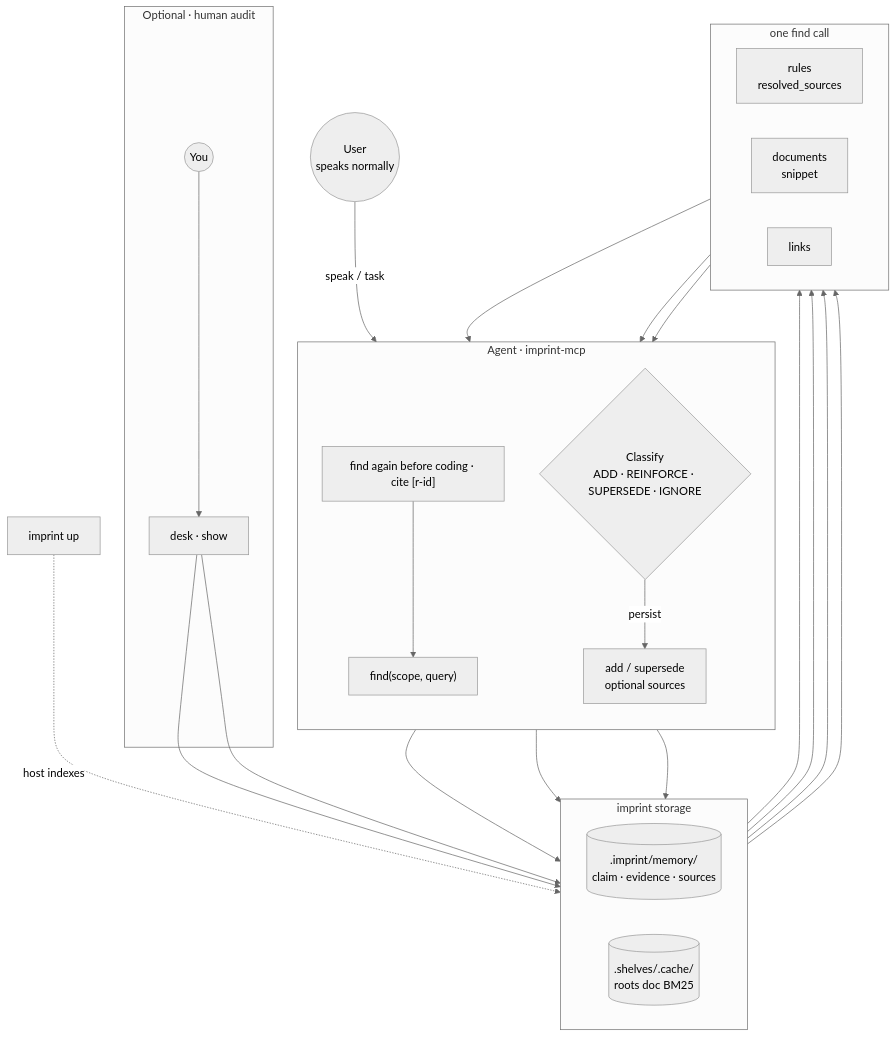
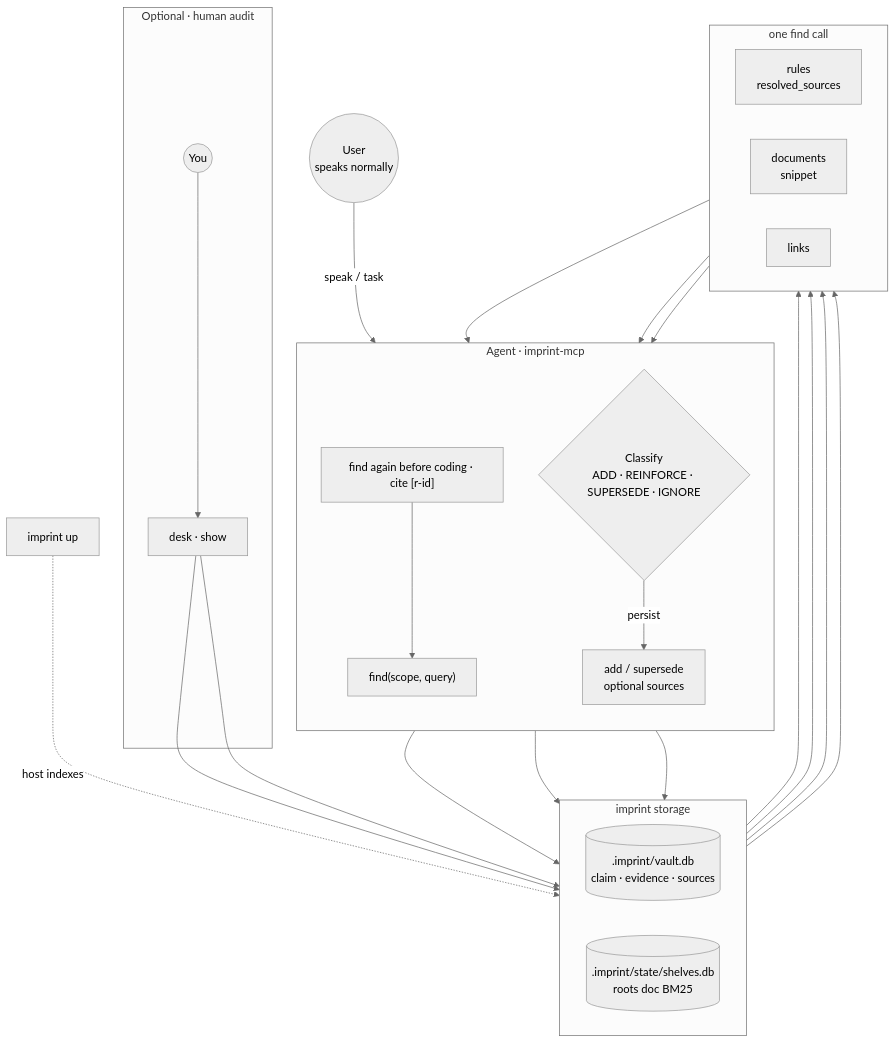
Before and after one commit to SteamedBread2333/imprint: the first of 2 diagrams in README.md, drawn with Mermaid (neutral theme). The commit also changed other lines of this file and 41 other files, not shown here.

````diff
--- a/README.md
+++ b/README.md
@@ -48,45 +48,45 @@
 ```mermaid
 flowchart TB
   U((User<br/>speaks normally))
 
   subgraph Agent["Agent · imprint-mcp"]
     direction TB
     F["find(scope, query)"]
     C{"Classify<br/>ADD · REINFORCE · SUPERSEDE · IGNORE"}
     W["add / supersede<br/>optional sources"]
     R["find again before coding · cite [r-id]"]
   end
 
   subgraph Store["imprint storage"]
     direction LR
-    Vault[(".imprint/memory/<br/>claim · evidence · sources")]
-    Shelves[(".shelves/.cache/<br/>roots doc BM25")]
+    Vault[(".imprint/vault.db<br/>claim · evidence · sources")]
+    Shelves[(".imprint/state/shelves.db<br/>roots doc BM25")]
   end
 
   subgraph FindOut["one find call"]
     direction LR
     FR["rules<br/>resolved_sources"]
     FD["documents<br/>snippet"]
     FL["links"]
   end
 
   subgraph Audit["Optional · human audit"]
     H((You)) --> Desk["desk · show"]
   end
 
   UP["imprint up"] -.->|host indexes| Shelves
 
   U -->|speak / task| Agent
   F --> Vault
   F --> Shelves
   Vault --> FR
   Shelves --> FD
   Vault --> FL
   Shelves --> FL
   FR & FD & FL --> C
   C -->|persist| W
   W --> Vault
   R --> F
   Desk --> Vault
   Desk --> Shelves
 ```
````
